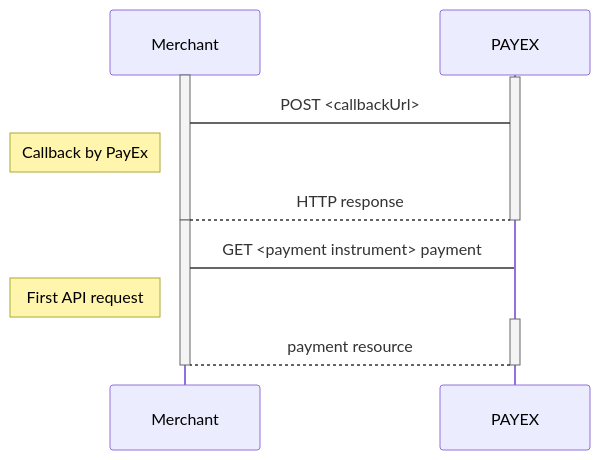
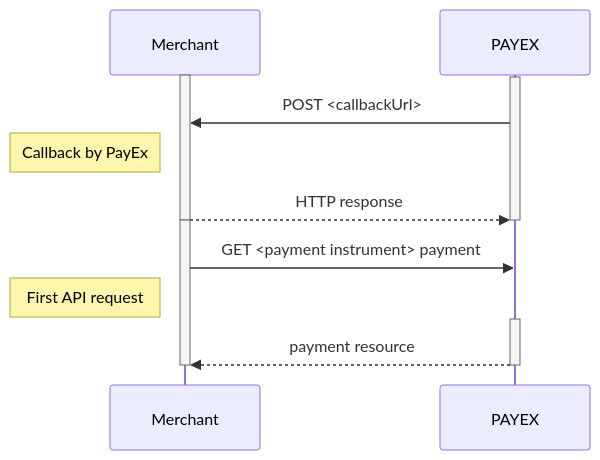
Before and after one commit to SwedbankPay/developer.swedbankpay.com: the diagram in _includes/callback-reference.md, drawn with Mermaid. The commit also changed 3 other files, not shown here.

````diff
--- a/_includes/callback-reference.md
+++ b/_includes/callback-reference.md
@@ -76,21 +76,21 @@
 ```mermaid
 sequenceDiagram
   Participant Merchant
   Participant PAYEX
 
   activate Merchant
   activate PAYEX
-  PAYEX->Merchant: POST <callbackUrl>
+  PAYEX->>Merchant: POST <callbackUrl>
   note left of Merchant: Callback by PayEx
-  Merchant-->PAYEX: HTTP response
+  Merchant-->>PAYEX: HTTP response
   deactivate PAYEX
   deactivate Merchant
 
   activate Merchant
-  Merchant->PAYEX: GET <payment instrument> payment
+  Merchant->>PAYEX: GET <payment instrument> payment
   note left of Merchant: First API request
   activate PAYEX
-  PAYEX-->Merchant: payment resource
+  PAYEX-->>Merchant: payment resource
   deactivate PAYEX
   deactivate Merchant
 ```
````
